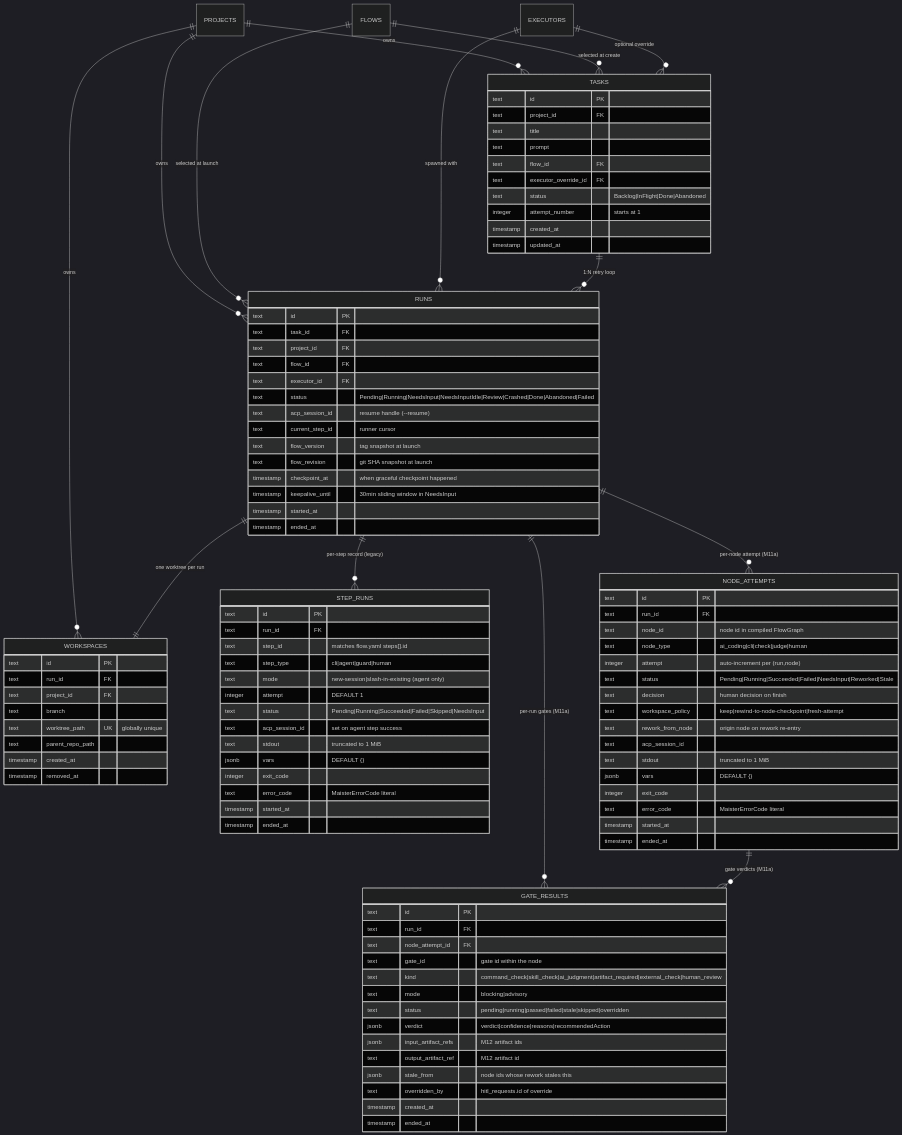
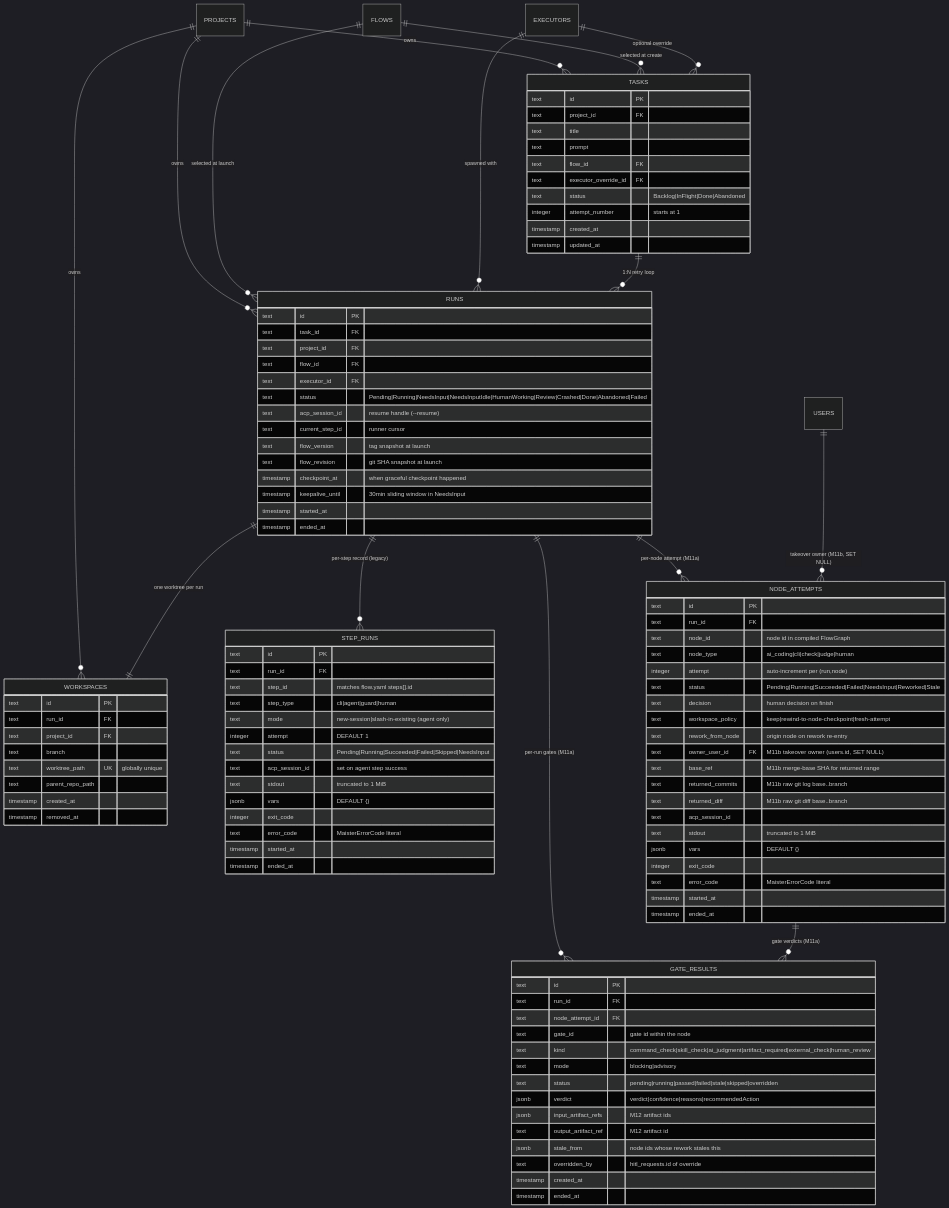
The diagram in docs/db/runs-domain.md (maister-dev/maister), drawn with Mermaid (dark theme) before and after one commit. The commit also changed other lines of this file and 12 other files, not shown here.

First line of the commit message:
docs(m11b): manual-takeover ADR + analytics + ERD + openapi + flow-dsl + spec→test matrix

```diff
--- a/docs/db/runs-domain.md
+++ b/docs/db/runs-domain.md
@@ -21,6 +21,7 @@
     RUNS ||--o{ NODE_ATTEMPTS : "per-node attempt (M11a)"
     RUNS ||--o{ GATE_RESULTS : "per-run gates (M11a)"
     NODE_ATTEMPTS ||--o{ GATE_RESULTS : "gate verdicts (M11a)"
+    USERS ||--o{ NODE_ATTEMPTS : "takeover owner (M11b, SET NULL)"
 
     TASKS {
         text id PK
@@ -41,7 +42,7 @@
         text project_id FK
         text flow_id FK
         text executor_id FK
-        text status "Pending|Running|NeedsInput|NeedsInputIdle|Review|Crashed|Done|Abandoned|Failed"
+        text status "Pending|Running|NeedsInput|NeedsInputIdle|HumanWorking|Review|Crashed|Done|Abandoned|Failed"
         text acp_session_id "resume handle (--resume)"
         text current_step_id "runner cursor"
         text flow_version "tag snapshot at launch"
@@ -90,6 +91,10 @@
         text decision "human decision on finish"
         text workspace_policy "keep|rewind-to-node-checkpoint|fresh-attempt"
         text rework_from_node "origin node on rework re-entry"
+        text owner_user_id FK "M11b takeover owner (users.id, SET NULL)"
+        text base_ref "M11b merge-base SHA for returned range"
+        text returned_commits "M11b raw git log base..branch"
+        text returned_diff "M11b raw git diff base..branch"
         text acp_session_id
         text stdout "truncated to 1 MiB"
         jsonb vars "DEFAULT {}"
```
